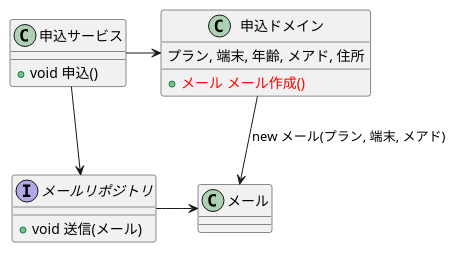
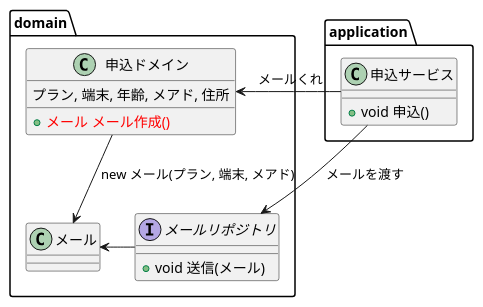
One commit to suzuki-hoge/genbade-ddd-tokyo changed the diagram in 5-mail-domain.puml. Above: the diagram before and after it, drawn with PlantUML. The commit also changed 101 other files, not shown here.

```diff
--- a/5-mail-domain.puml
+++ b/5-mail-domain.puml
@@ -1,23 +1,27 @@
 @startuml
 
+package application {
 class 申込サービス {
   + void 申込()
 }
+}
 
+package domain {
 class 申込ドメイン {
   プラン, 端末, 年齢, メアド, 住所
   + <font color=red>メール メール作成()</font>
 }
 
 interface メールリポジトリ {
   + void 送信(メール)
 }
 
-申込ドメイン --> メール : new メール(プラン, 端末, メアド)
+申込ドメイン -d-> メール : new メール(プラン, 端末, メアド)
 
 class メール
+}
 メールリポジトリ -r-> メール
-申込サービス -r-> 申込ドメイン
-申込サービス -d-> メールリポジトリ
+申込サービス -r-> 申込ドメイン : " メールくれ"
+申込サービス -r-> メールリポジトリ : メールを渡す
 
 @enduml
```
